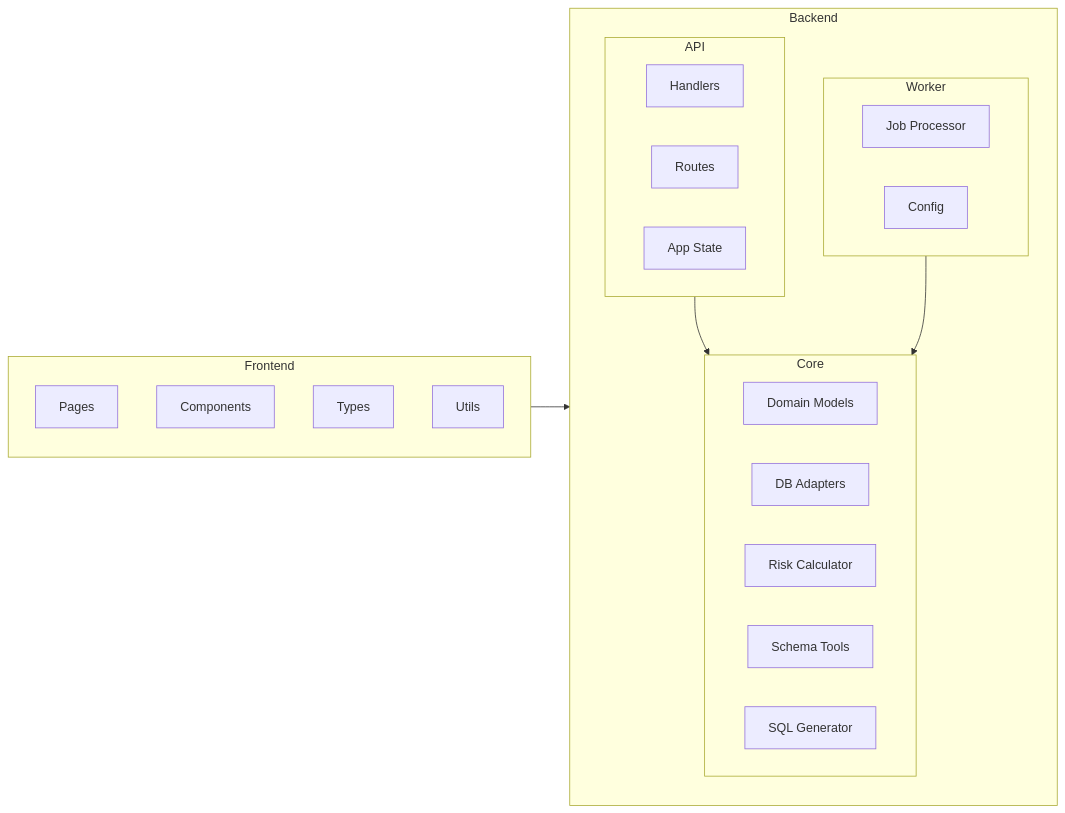
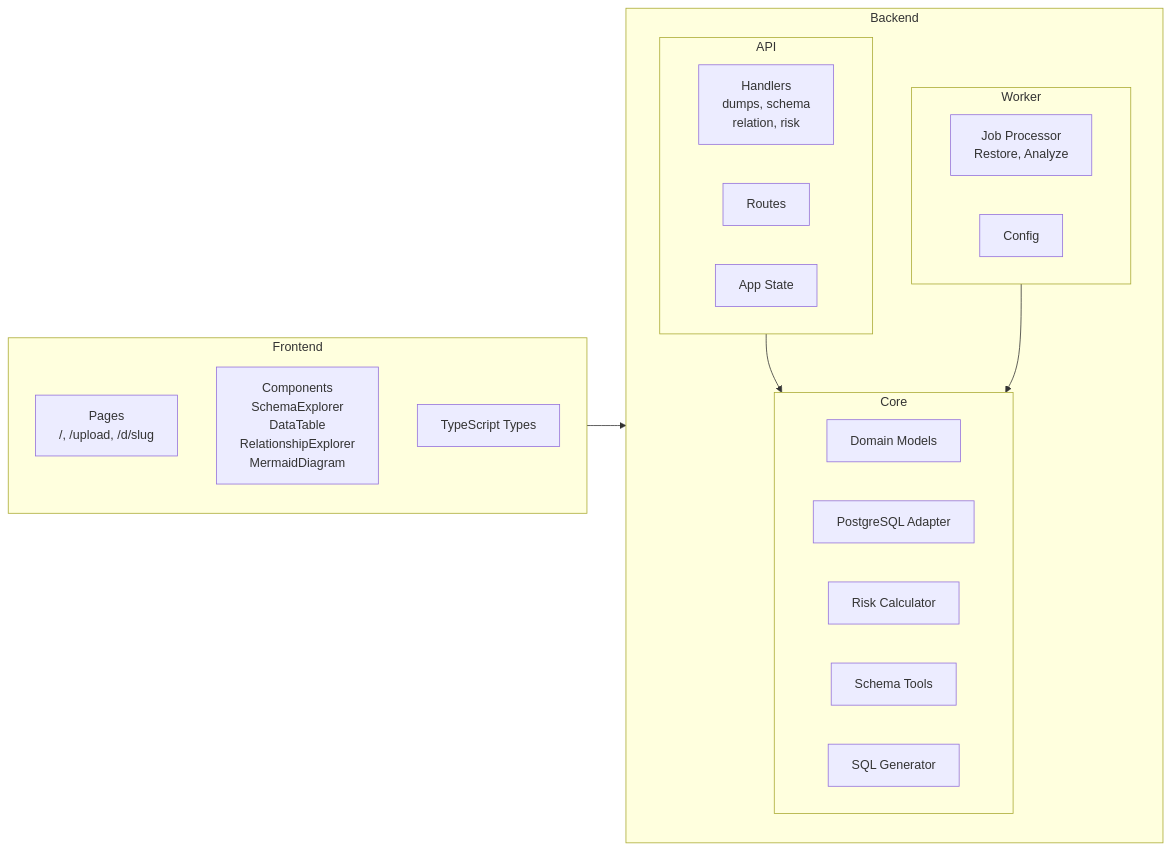
Before and after one commit to pkaiy81/PgDumpLens: the second of 10 diagrams in docs/architecture.md, drawn with Mermaid. The commit also changed other lines of this file and 16 other files, not shown here.

Commit message:
create Relationship Explorer

````diff
--- a/docs/architecture.md
+++ b/docs/architecture.md
@@ -52,36 +53,35 @@
 ```mermaid
 flowchart LR
     subgraph Frontend
         direction TB
-        Pages[Pages]
-        Components[Components]
-        Types[Types]
-        Lib[Utils]
+        Pages[Pages<br/>/, /upload, /d/slug]
+        Components[Components<br/>SchemaExplorer<br/>DataTable<br/>RelationshipExplorer<br/>MermaidDiagram]
+        Types[TypeScript Types]
     end
 
     subgraph Backend
         direction TB
         subgraph Core
             Domain[Domain Models]
-            Adapter[DB Adapters]
+            Adapter[PostgreSQL Adapter]
             Risk[Risk Calculator]
             Schema[Schema Tools]
             SqlGen[SQL Generator]
         end
 
         subgraph API
-            Handlers[Handlers]
+            Handlers[Handlers<br/>dumps, schema<br/>relation, risk]
             Routes[Routes]
             State[App State]
         end
 
         subgraph Worker
-            Jobs[Job Processor]
+            Jobs[Job Processor<br/>Restore, Analyze]
             Config[Config]
         end
     end
 
     Frontend --> API
     API --> Core
     Worker --> Core
 ```
````
